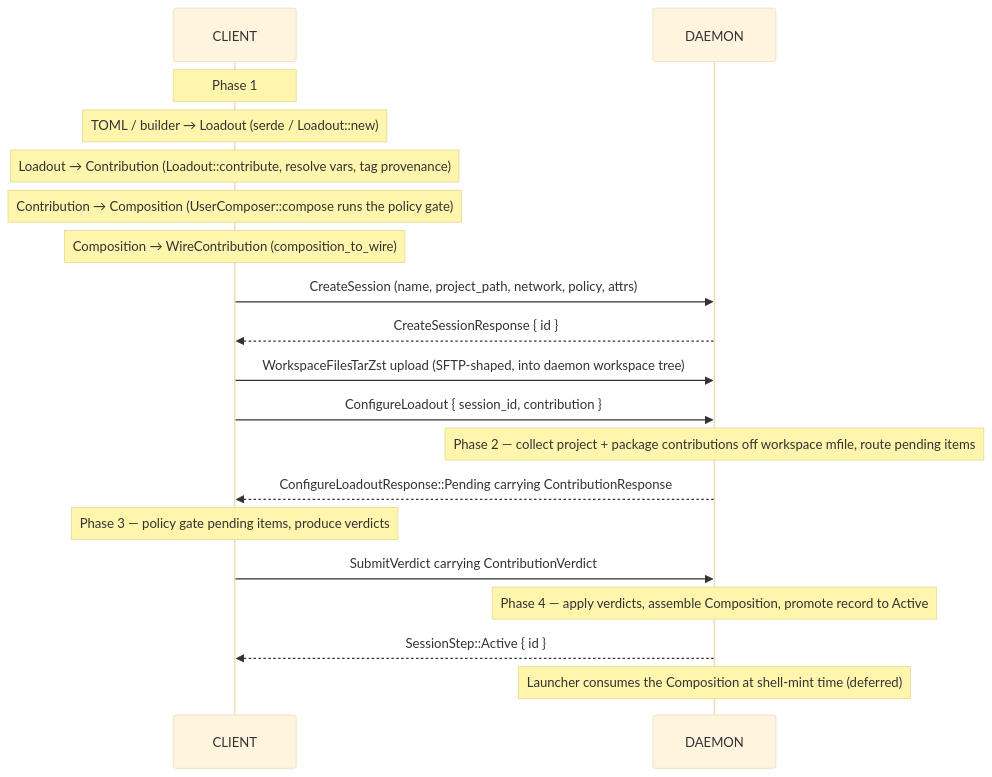
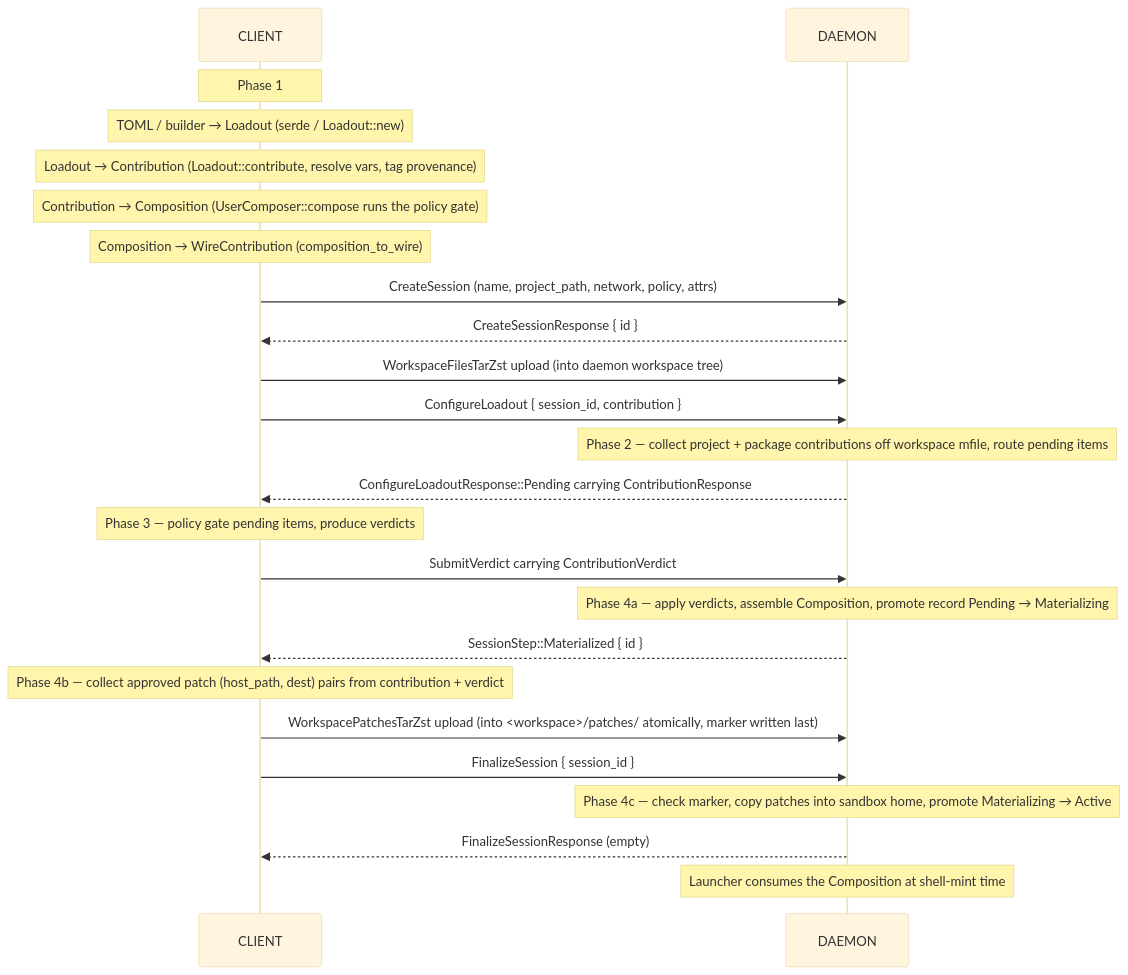
Before and after one commit to gominimal/minimal: the first of 2 diagrams in crates/sessions/docs/COMPOSITION.md, drawn with Mermaid (base theme). The commit also changed other lines of this file and 28 other files, not shown here.

Commit message:
feat(sessions): upload patch files from loadouts and friends

````diff
--- a/crates/sessions/docs/COMPOSITION.md
+++ b/crates/sessions/docs/COMPOSITION.md
@@ -25,22 +29,27 @@
 ```mermaid
 sequenceDiagram
     participant C as CLIENT
     participant D as DAEMON
 
     Note over C: Phase 1
     Note over C: TOML / builder → Loadout (serde / Loadout::new)
     Note over C: Loadout → Contribution (Loadout::contribute, resolve vars, tag provenance)
     Note over C: Contribution → Composition (UserComposer::compose runs the policy gate)
     Note over C: Composition → WireContribution (composition_to_wire)
     C->>D: CreateSession (name, project_path, network, policy, attrs)
     D-->>C: CreateSessionResponse { id }
-    C->>D: WorkspaceFilesTarZst upload (SFTP-shaped, into daemon workspace tree)
+    C->>D: WorkspaceFilesTarZst upload (into daemon workspace tree)
     C->>D: ConfigureLoadout { session_id, contribution }
     Note over D: Phase 2 — collect project + package contributions off workspace mfile, route pending items
     D-->>C: ConfigureLoadoutResponse::Pending carrying ContributionResponse
     Note over C: Phase 3 — policy gate pending items, produce verdicts
     C->>D: SubmitVerdict carrying ContributionVerdict
-    Note over D: Phase 4 — apply verdicts, assemble Composition, promote record to Active
-    D-->>C: SessionStep::Active { id }
-    Note over D: Launcher consumes the Composition at shell-mint time (deferred)
+    Note over D: Phase 4a — apply verdicts, assemble Composition, promote record Pending → Materializing
+    D-->>C: SessionStep::Materialized { id }
+    Note over C: Phase 4b — collect approved patch (host_path, dest) pairs from contribution + verdict
+    C->>D: WorkspacePatchesTarZst upload (into <workspace>/patches/ atomically, marker written last)
+    C->>D: FinalizeSession { session_id }
+    Note over D: Phase 4c — check marker, copy patches into sandbox home, promote Materializing → Active
+    D-->>C: FinalizeSessionResponse (empty)
+    Note over D: Launcher consumes the Composition at shell-mint time
 ```
````
